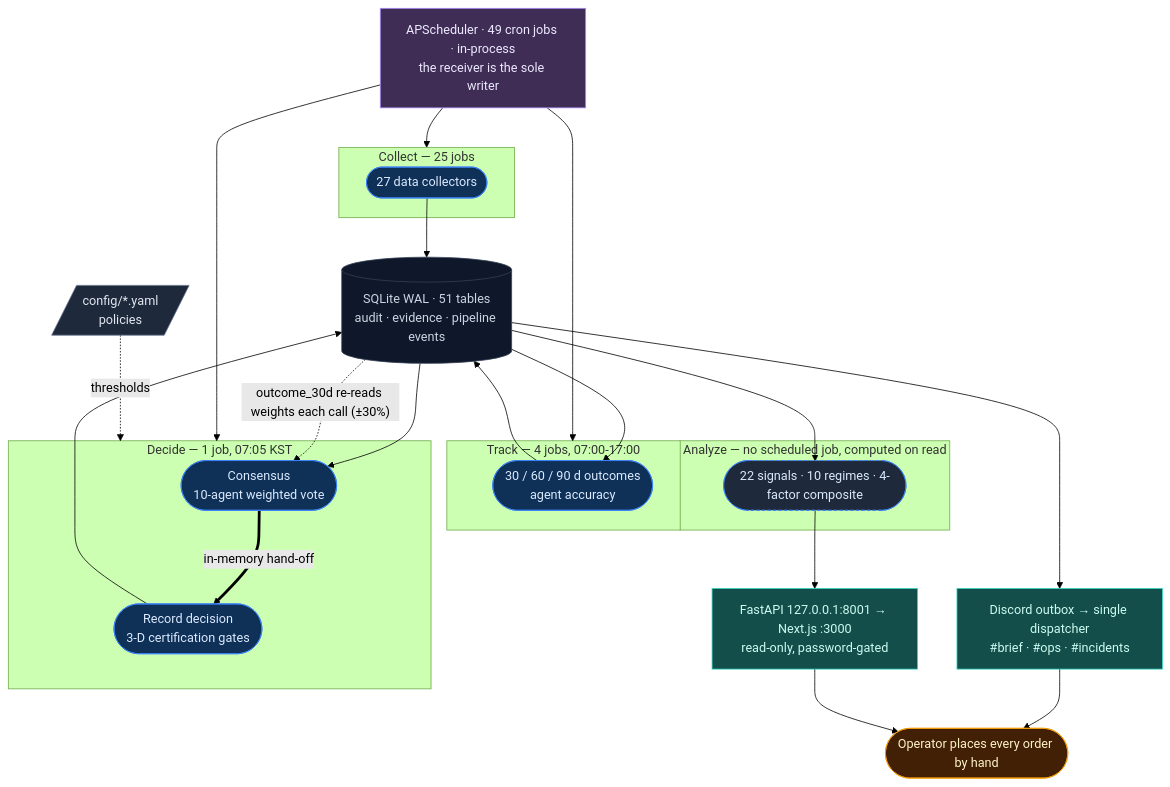
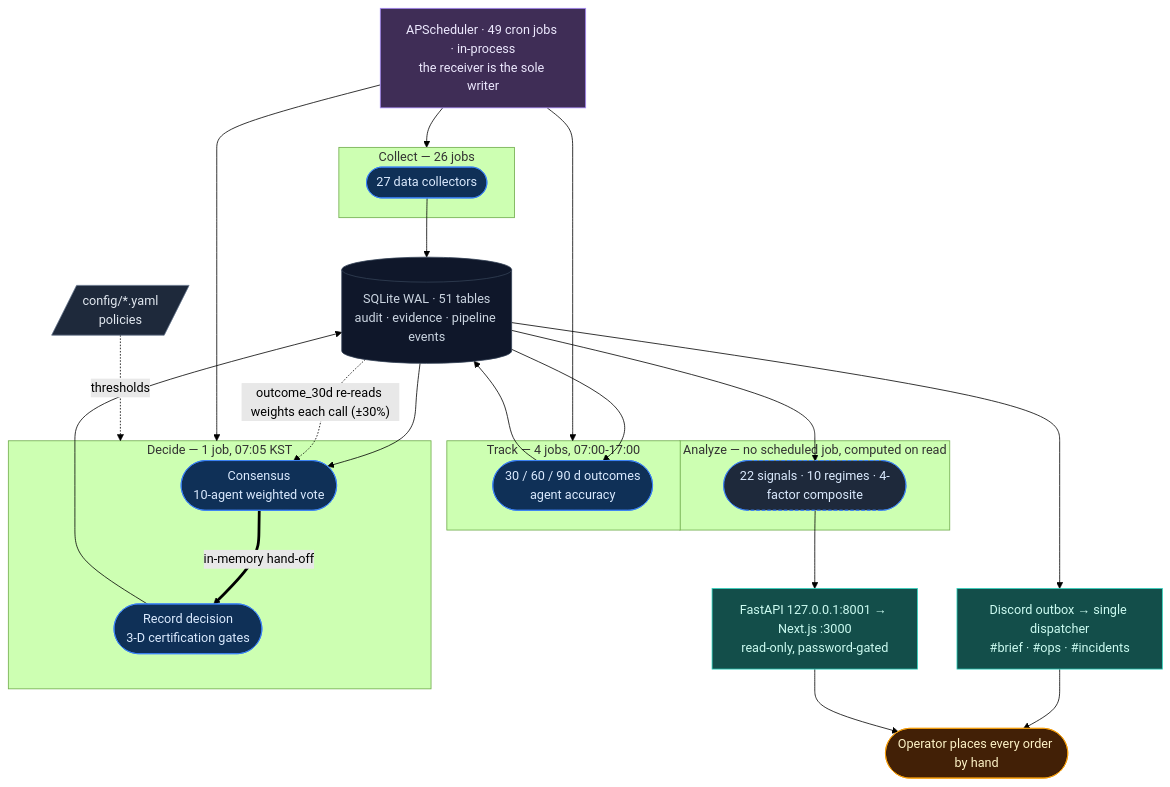
One commit to researcherhojin/nuri-quant changed the diagram in README.md. Above: the diagram before and after it, drawn with Mermaid (forest theme). The commit also changed other lines of this file and 2 other files, not shown here.

````diff
--- a/README.md
+++ b/README.md
@@ -55,53 +55,53 @@
 ```mermaid
 flowchart TB
     SCHED["APScheduler · 49 cron jobs · in-process<br/>the receiver is the sole writer"]:::driver
     CFG[/"config/*.yaml<br/>policies"/]:::source
 
-    subgraph Collect["Collect — 25 jobs"]
+    subgraph Collect["Collect — 26 jobs"]
         COL(["27 data collectors"]):::pipe
     end
     subgraph Decide["Decide — 1 job, 07:05 KST"]
         CON(["Consensus<br/>10-agent weighted vote"]):::pipe
         CER(["Record decision<br/>3-D certification gates"]):::pipe
         CON ==>|in-memory hand-off| CER
     end
     subgraph Track["Track — 4 jobs, 07:00-17:00"]
         TRK(["30 / 60 / 90 d outcomes<br/>agent accuracy"]):::pipe
     end
     subgraph Analyze["Analyze — no scheduled job, computed on read"]
         ANA(["22 signals · 10 regimes · 4-factor composite"]):::lazy
     end
 
     DB[("SQLite WAL · 51 tables<br/>audit · evidence · pipeline events")]:::sink
 
     SCHED --> Collect
     SCHED --> Decide
     SCHED --> Track
     CFG -. thresholds .-> Decide
 
     COL --> DB
     DB --> CON
     CER --> DB
     DB --> TRK
     TRK --> DB
     DB -. "outcome_30d re-reads weights each call (±30%)" .-> CON
 
     DB --> ANA
     ANA --> READ
     DB --> BRIEF
 
     BRIEF["Discord outbox → single dispatcher<br/>#brief · #ops · #incidents"]:::out
     READ["FastAPI 127.0.0.1:8001 → Next.js :3000<br/>read-only, password-gated"]:::out
     USER(["Operator places every order by hand"]):::user
 
     BRIEF --> USER
     READ --> USER
 
     classDef driver fill:#3f2d56,stroke:#a78bfa,color:#ede9fe
     classDef source fill:#1e293b,stroke:#64748b,color:#e2e8f0
     classDef pipe   fill:#0f3057,stroke:#3b82f6,color:#dbeafe
     classDef lazy   fill:#1e293b,stroke:#3b82f6,color:#dbeafe,stroke-dasharray: 4 3
     classDef sink   fill:#0f172a,stroke:#334155,color:#cbd5e1
     classDef out    fill:#134e4a,stroke:#2dd4bf,color:#ccfbf1
     classDef user   fill:#422006,stroke:#f59e0b,color:#fef3c7
 ```
````
